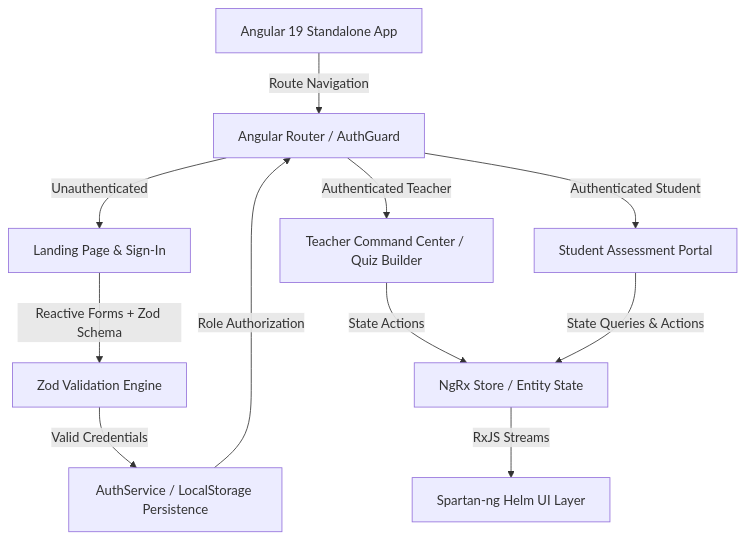
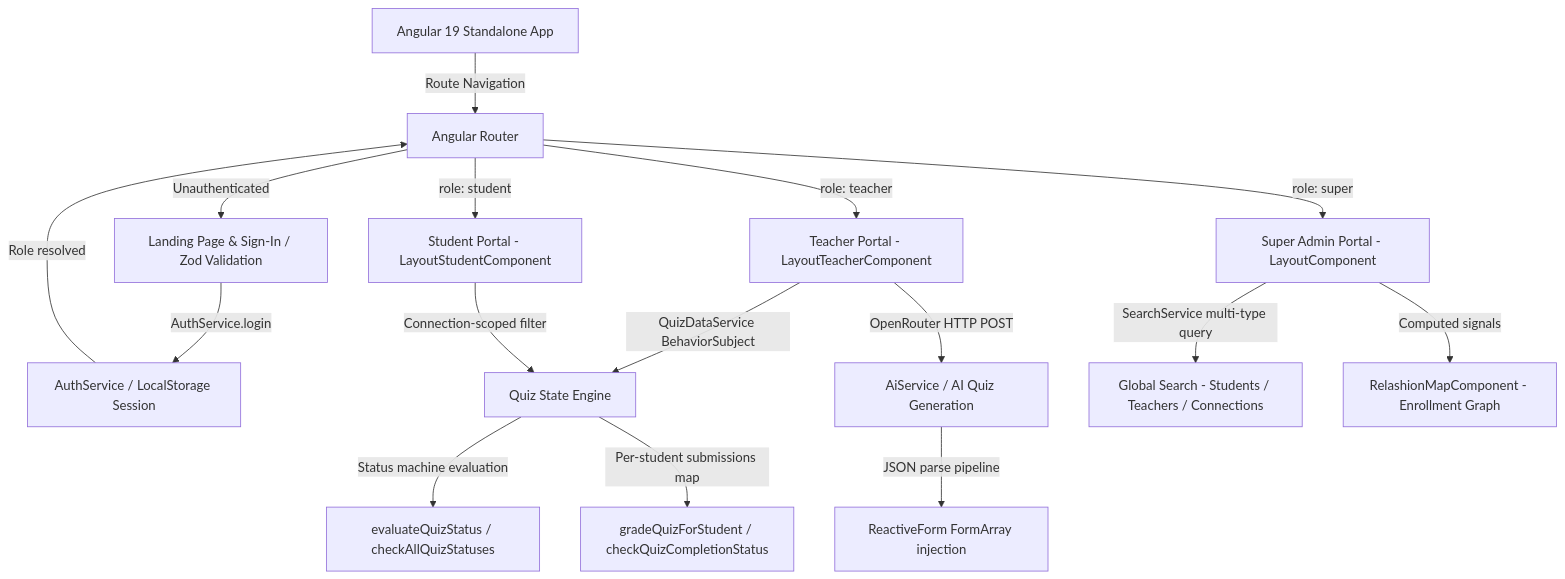
Before and after one commit to anasabdelhakim/neuromeet-core: the diagram in README.md, drawn with Mermaid. The commit also changed other lines of this file, not shown here.

````diff
--- a/README.md
+++ b/README.md
@@ -116,15 +159,22 @@
 ```mermaid
 graph TD
-    Client[Angular 19 Standalone App] -->|Route Navigation| Router[Angular Router / AuthGuard]
-    Router -->|Unauthenticated| Public[Landing Page & Sign-In]
-    Router -->|Authenticated Teacher| TeacherView[Teacher Command Center / Quiz Builder]
-    Router -->|Authenticated Student| StudentView[Student Assessment Portal]
-    
-    Public -->|Reactive Forms + Zod Schema| Validation[Zod Validation Engine]
-    Validation -->|Valid Credentials| Auth[AuthService / LocalStorage Persistence]
-    Auth -->|Role Authorization| Router
-    
-    TeacherView -->|State Actions| Store[NgRx Store / Entity State]
-    StudentView -->|State Queries & Actions| Store
-    Store -->|RxJS Streams| UI[Spartan-ng Helm UI Layer]
+    Client[Angular 19 Standalone App] -->|Route Navigation| Router[Angular Router]
+    Router -->|Unauthenticated| Public[Landing Page & Sign-In / Zod Validation]
+    Router -->|role: super| AdminView[Super Admin Portal - LayoutComponent]
+    Router -->|role: teacher| TeacherView[Teacher Portal - LayoutTeacherComponent]
+    Router -->|role: student| StudentView[Student Portal - LayoutStudentComponent]
+
+    Public -->|AuthService.login| Auth[AuthService / LocalStorage Session]
+    Auth -->|Role resolved| Router
+
+    TeacherView -->|QuizDataService BehaviorSubject| QuizState[Quiz State Engine]
+    StudentView -->|Connection-scoped filter| QuizState
+    QuizState -->|Status machine evaluation| StatusEngine[evaluateQuizStatus / checkAllQuizStatuses]
+    QuizState -->|Per-student submissions map| GradingEngine[gradeQuizForStudent / checkQuizCompletionStatus]
+
+    TeacherView -->|OpenRouter HTTP POST| AIService[AiService / AI Quiz Generation]
+    AIService -->|JSON parse pipeline| QuizFormArray[ReactiveForm FormArray injection]
+
+    AdminView -->|SearchService multi-type query| SearchEngine[Global Search - Students / Teachers / Connections]
+    AdminView -->|Computed signals| RelationMap[RelashionMapComponent - Enrollment Graph]
 ```
````
